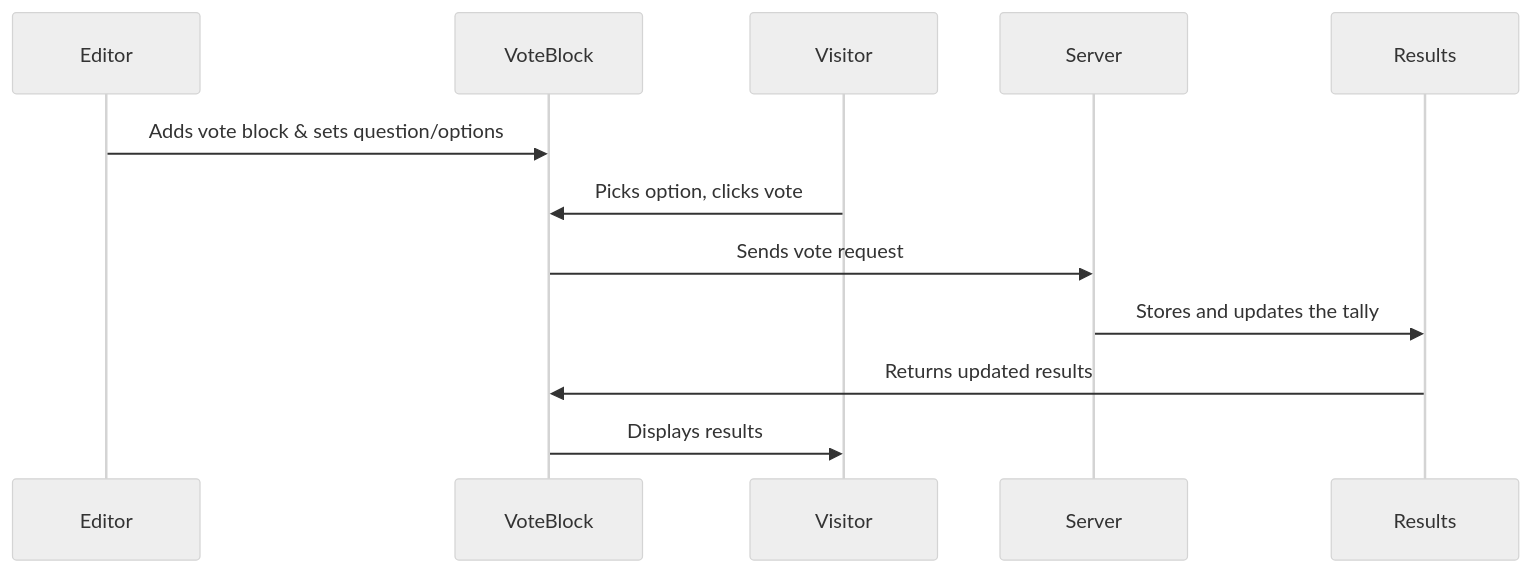
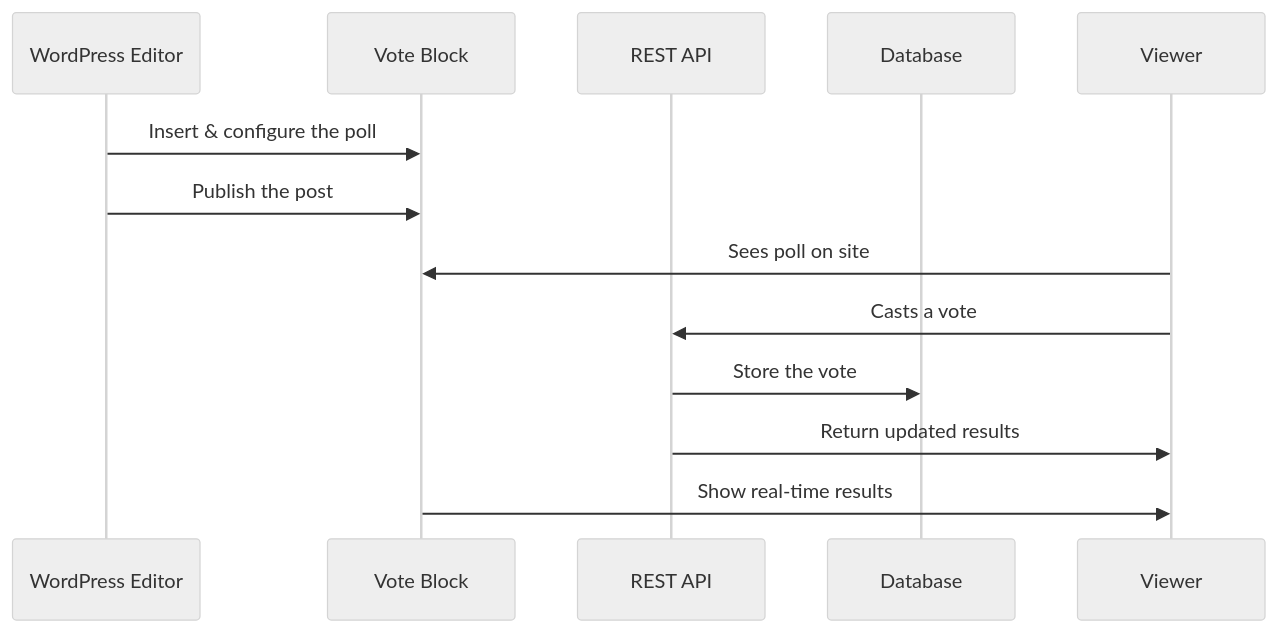
One commit to soderlind/content-poll changed the diagram in tutorial/01_vote_block__gutenberg_block__.md. Above: the diagram before and after it, drawn with Mermaid (neutral theme). The commit also changed other lines of this file and 22 other files, not shown here.

````diff
--- a/tutorial/01_vote_block__gutenberg_block__.md
+++ b/tutorial/01_vote_block__gutenberg_block__.md
@@ -124,15 +114,15 @@
 ```mermaid
 sequenceDiagram
-participant Editor
-participant VoteBlock
-participant Visitor
-participant Server
-participant Results
+    participant Editor as WordPress Editor
+    participant Block as Vote Block
+    participant API as REST API
+    participant DB as Database
 
-Editor->>VoteBlock: Adds vote block & sets question/options
-Visitor->>VoteBlock: Picks option, clicks vote
-VoteBlock->>Server: Sends vote request
-Server->>Results: Stores and updates the tally
-Results->>VoteBlock: Returns updated results
-VoteBlock->>Visitor: Displays results
+    Editor->>Block: Insert & configure the poll
+    Editor->>Block: Publish the post
+    Viewer->>Block: Sees poll on site
+    Viewer->>API: Casts a vote
+    API->>DB: Store the vote
+    API->>Viewer: Return updated results
+    Block->>Viewer: Show real-time results
 ```
````
